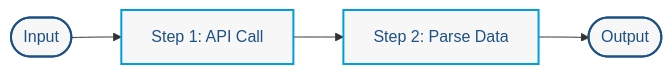
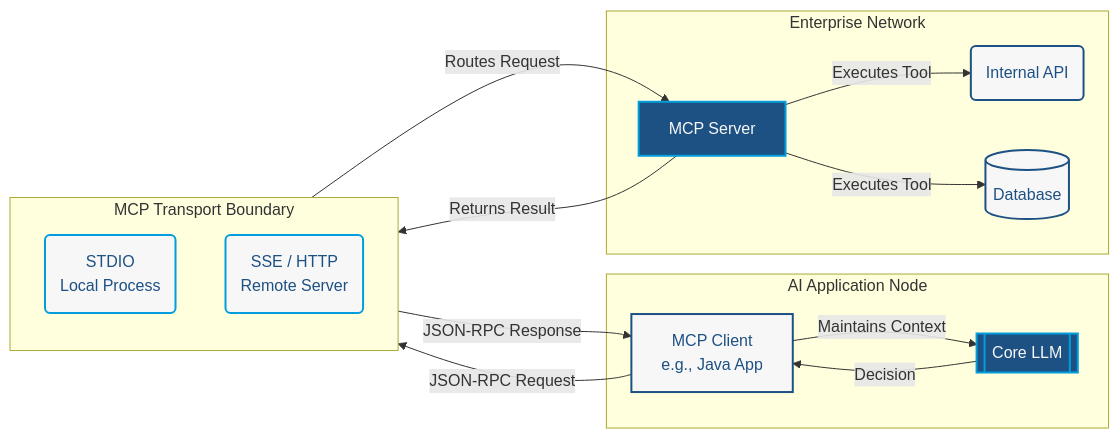
The diagram in chapter-12/diagrams/diagram-03.md (bpbpublications/Practical-Software-Architecture-Patterns-with-Java), drawn with Mermaid before and after one commit. The commit also changed 76 other files, not shown here.

````diff
--- a/chapter-12/diagrams/diagram-03.md
+++ b/chapter-12/diagrams/diagram-03.md
@@ -2,11 +1,32 @@
 ```mermaid
 graph LR
-In([Input]) --> S1[Step 1: API Call]
-S1 --> S2[Step 2: Parse Data]
-S2 --> Out([Output])
+    subgraph ClientNode [AI Application Node]
+        Client[MCP Client<br>e.g., Java App] -->|Maintains Context| LLM[[Core LLM]]
+        LLM -->|Decision| Client
+    end
 
-style In fill:#F8F7F7,stroke:#1D5183,stroke-width:2px,color:#1D5183
-style S1 fill:#F8F7F7,stroke:#019DDC,stroke-width:2px,color:#1D5183
-style S2 fill:#F8F7F7,stroke:#019DDC,stroke-width:2px,color:#1D5183
-style Out fill:#F8F7F7,stroke:#1D5183,stroke-width:2px,color:#1D5183
+    subgraph TransportLayer [MCP Transport Boundary]
+        direction TB
+        T1(STDIO<br>Local Process)
+        T2(SSE / HTTP<br>Remote Server)
+    end
+
+    subgraph ServerNode [Enterprise Network]
+        Server[MCP Server] -->|Executes Tool| API(Internal API)
+        Server -->|Executes Tool| DB[(Database)]
+    end
+
+    Client -->|JSON-RPC Request| TransportLayer
+    TransportLayer -->|JSON-RPC Response| Client
+    
+    TransportLayer -->|Routes Request| Server
+    Server -->|Returns Result| TransportLayer
+
+    style Client fill:#F8F7F7,stroke:#1D5183,stroke-width:2px,color:#1D5183
+    style LLM fill:#1D5183,stroke:#019DDC,stroke-width:2px,color:#F8F7F7
+    style T1 fill:#F8F7F7,stroke:#019DDC,stroke-width:2px,color:#1D5183
+    style T2 fill:#F8F7F7,stroke:#019DDC,stroke-width:2px,color:#1D5183
+    style Server fill:#1D5183,stroke:#019DDC,stroke-width:2px,color:#F8F7F7
+    style API fill:#F8F7F7,stroke:#1D5183,stroke-width:2px,color:#1D5183
+    style DB fill:#F8F7F7,stroke:#1D5183,stroke-width:2px,color:#1D5183
 ```
````
